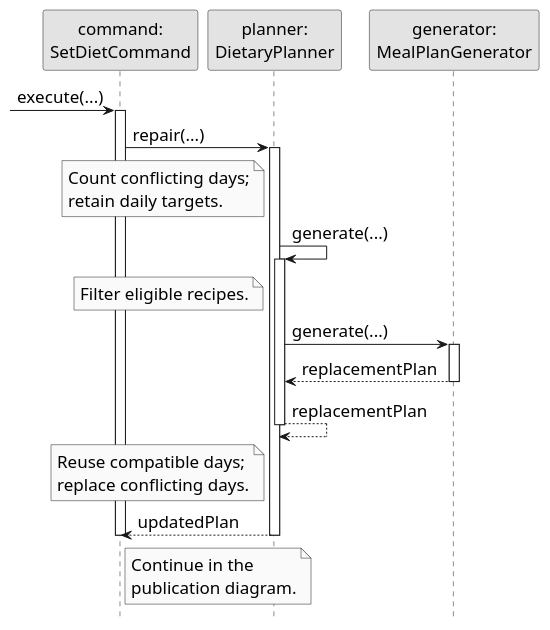
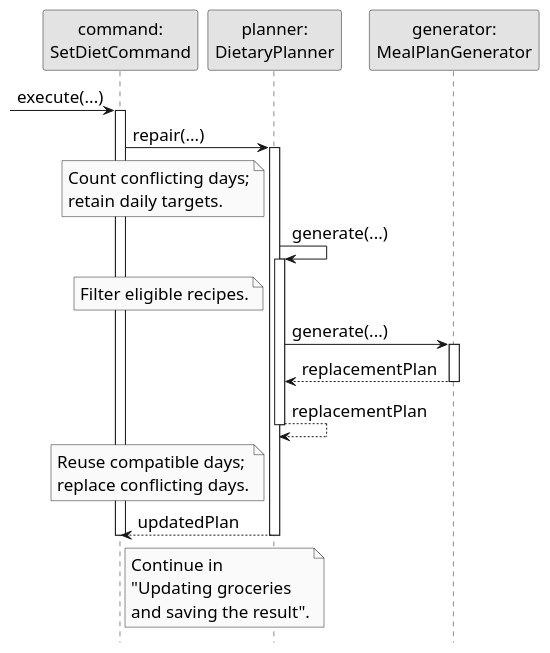
The diagram in docs/diagrams/peilingggg/dietary/repair.puml (Rixte/tp), drawn with PlantUML before and after one commit.

Commit message:
docs: name the grocery-update section in dietary repair continuation

```diff
--- a/docs/diagrams/peilingggg/dietary/repair.puml
+++ b/docs/diagrams/peilingggg/dietary/repair.puml
@@ -1,32 +1,32 @@
 @startuml
 skinparam backgroundColor white
 skinparam defaultFontName SansSerif
 skinparam defaultFontSize 17
 skinparam shadowing false
 skinparam monochrome true
 hide footbox
 ' Solid filled call arrows and dashed return arrows follow the course notation.
 ' Keep notes beside lifelines so activation bars stay visible.
 participant "command:\nSetDietCommand" as C
 participant "planner:\nDietaryPlanner" as P
 participant "generator:\nMealPlanGenerator" as G
 [-> C : execute(...)
 activate C
 C -> P : repair(...)
 activate P
 note left of P : Count conflicting days;\nretain daily targets.
 P -> P : generate(...)
 activate P
 note left of P : Filter eligible recipes.
 P -> G : generate(...)
 activate G
 G --> P : replacementPlan
 deactivate G
 P --> P : replacementPlan
 deactivate P
 note left of P : Reuse compatible days;\nreplace conflicting days.
 P --> C : updatedPlan
 deactivate P
-note right of C : Continue in the\npublication diagram.
+note right of C : Continue in\n"Updating groceries\nand saving the result".
 deactivate C
 @enduml
```
